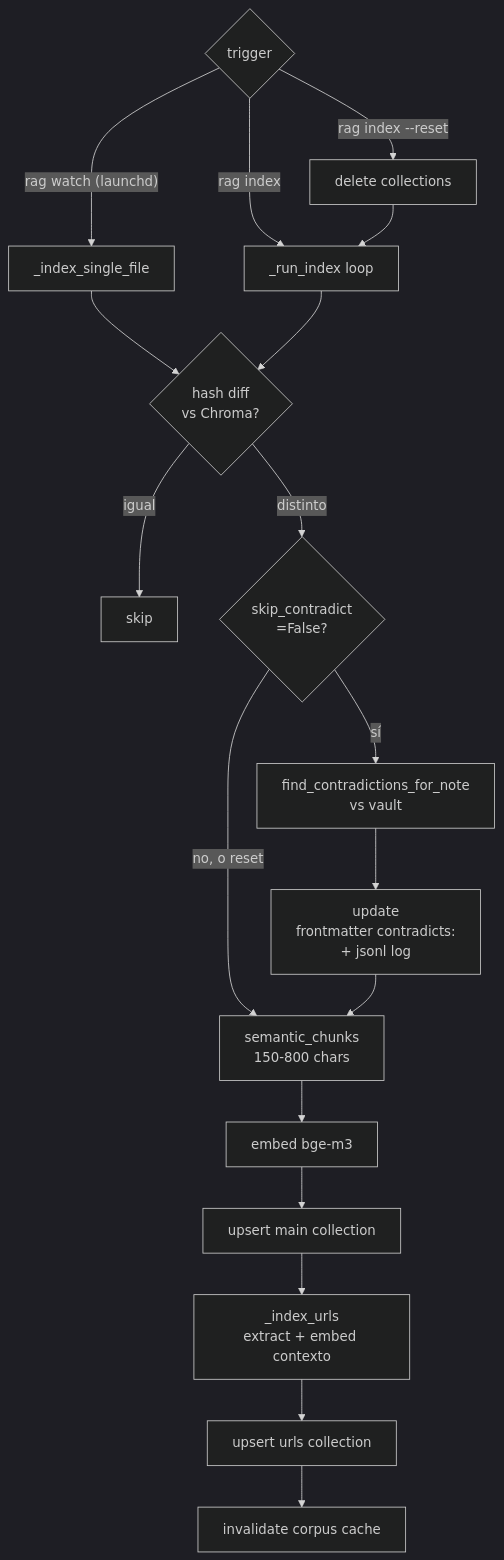
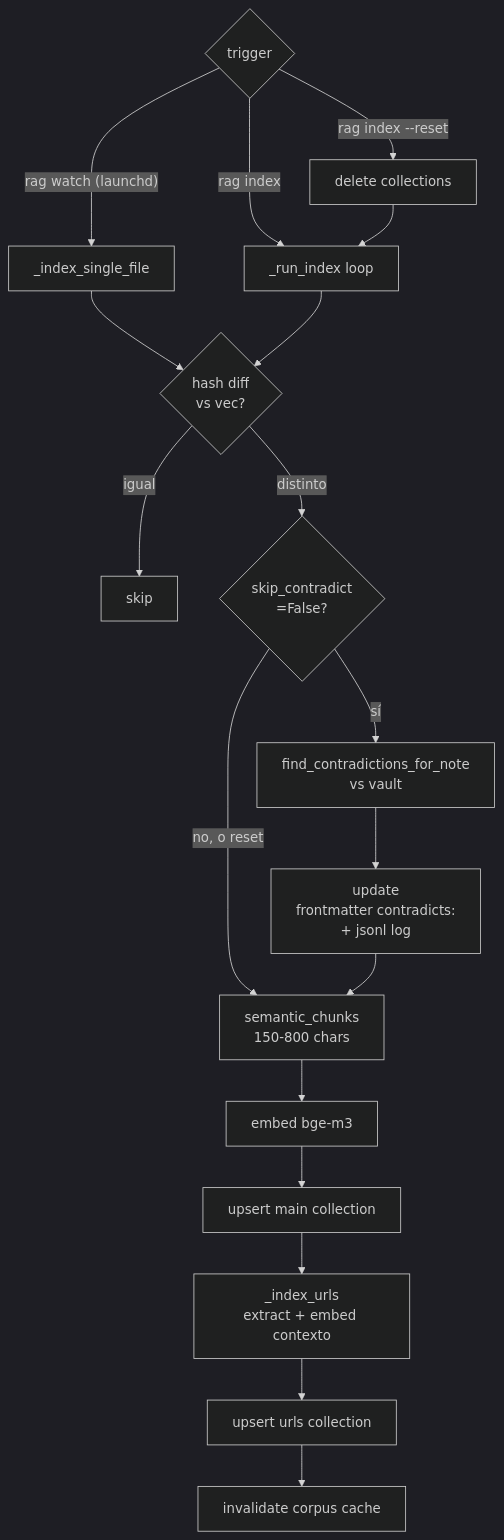
Before and after one commit to jagoff/rag-obsidian: the third of 5 diagrams in README.md, drawn with Mermaid (dark theme). The commit also changed other lines of this file and 53 other files, not shown here.

````diff
--- a/README.md
+++ b/README.md
@@ -200,20 +200,20 @@
 ```mermaid
 flowchart TD
     Trig{trigger}
     Trig -->|"rag watch (launchd)"| Single[_index_single_file]
     Trig -->|"rag index"| Bulk[_run_index loop]
     Trig -->|"rag index --reset"| Drop[delete collections] --> Bulk
 
-    Single --> Hash{hash diff<br/>vs Chroma?}
+    Single --> Hash{hash diff<br/>vs vec?}
     Bulk --> Hash
     Hash -->|igual| Skip[skip]
     Hash -->|distinto| ContrCheck{skip_contradict<br/>=False?}
     ContrCheck -->|sí| Contr[find_contradictions_for_note<br/>vs vault] --> WriteFM[update<br/>frontmatter contradicts:<br/>+ jsonl log]
     ContrCheck -->|no, o reset| Chunks
     WriteFM --> Chunks[semantic_chunks<br/>150-800 chars]
     Chunks --> EmbedC[embed bge-m3]
     EmbedC --> Upsert[upsert main collection]
     Upsert --> URLs[_index_urls<br/>extract + embed contexto]
     URLs --> URLUpsert[upsert urls collection]
     URLUpsert --> Cache[invalidate corpus cache]
 ```
````
